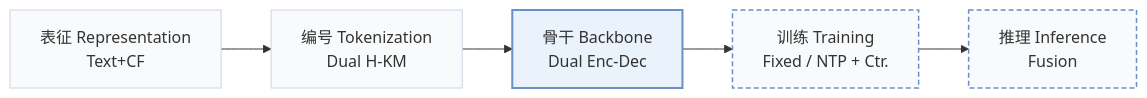
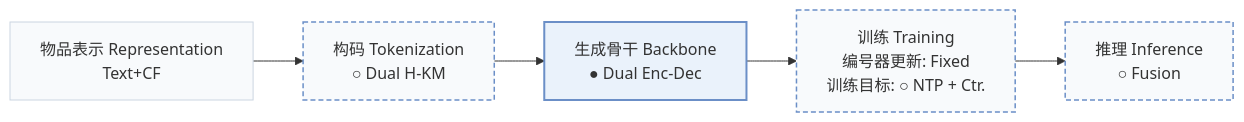
Before and after one commit to Galaxy-ghost/Awesome-SID-Generative-Rec: the first of 3 diagrams in pages/zh/papers/eager.md, drawn with Mermaid. The commit also changed other lines of this file and 558 other files, not shown here.

````diff
--- a/pages/zh/papers/eager.md
+++ b/pages/zh/papers/eager.md
@@ -15,10 +18,10 @@
 ```mermaid
 flowchart LR
-    R["表征 Representation<br/>Text+CF"] --> T["编号 Tokenization<br/>Dual H-KM"] --> B["骨干 Backbone<br/>Dual Enc-Dec"] --> TR["训练 Training<br/>Fixed / NTP + Ctr."] --> I["推理 Inference<br/>Fusion"]
+    R["物品表示 Representation<br/>Text+CF"] --> T["构码 Tokenization<br/>○ Dual H-KM"] --> B["生成骨干 Backbone<br/>● Dual Enc-Dec"] --> TR["训练 Training<br/>编号器更新: Fixed<br/>训练目标: ○ NTP + Ctr."] --> I["推理 Inference<br/>○ Fusion"]
     classDef base fill:#f8fafc,stroke:#cbd5e1
     class R,T,B,TR,I base
-    classDef also fill:#f8fafc,stroke:#6b8fc7,stroke-width:1.5px,stroke-dasharray:5 3
-    class TR,I also
+    classDef other fill:#f8fafc,stroke:#6b8fc7,stroke-width:1.5px,stroke-dasharray:5 3
+    class T,TR,I other
     classDef main fill:#eaf2fb,stroke:#6b8fc7,stroke-width:2px
     class B main
 ```
````
